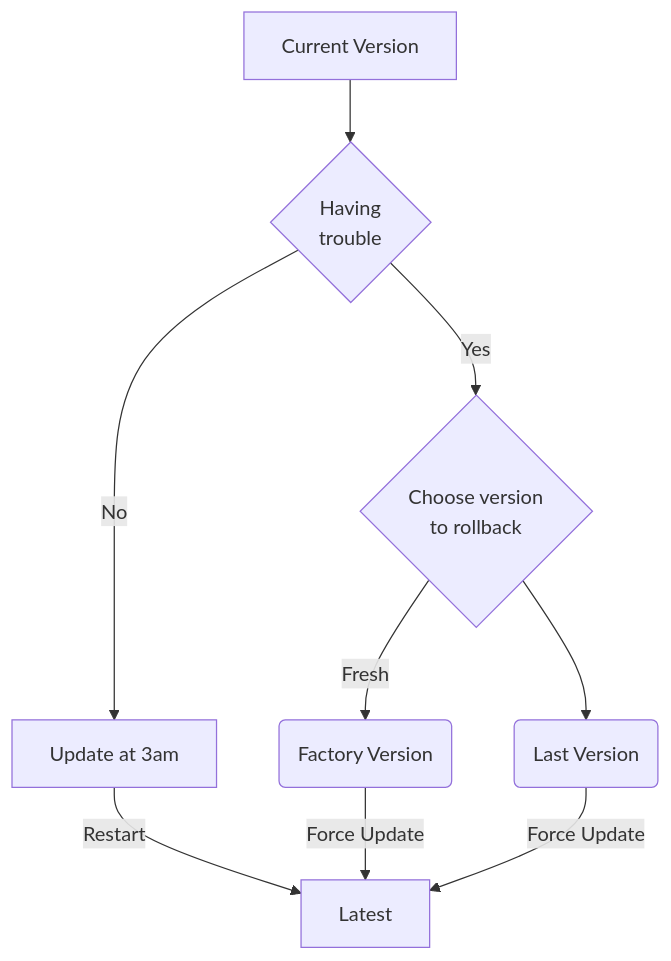
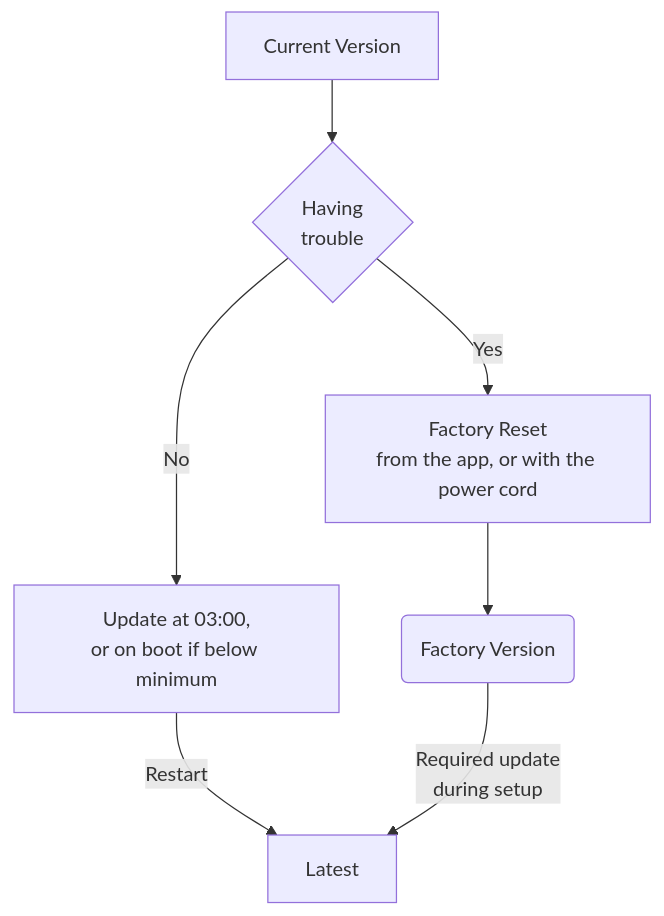
The second of 3 diagrams in docs/art-computer/how-it-works/life-cycle.md (feral-file/docs), drawn with Mermaid before and after one commit. The commit also changed other lines of this file and 7 other files, not shown here.

First line of the commit message:
docs: sync Art Computer pages with the current ffos-user architecture

````diff
--- a/docs/art-computer/how-it-works/life-cycle.md
+++ b/docs/art-computer/how-it-works/life-cycle.md
@@ -32,15 +48,12 @@
 ```mermaid
 flowchart TD
     Current[Current Version] --> Trouble{Having<br/>trouble}
 
-    Trouble --> |Yes| Rollback{Choose version<br/>to rollback}
-    Trouble --> |No| Update[Update at 3am]
+    Trouble --> |No| Update["Update at 03:00,<br/>or on boot if below minimum"]
+    Trouble --> |Yes| FactoryReset[Factory Reset<br/>from the app, or with the power cord]
 
     Update --> |Restart| Latest
 
-    Rollback --> |Fresh| FactoryVersion(Factory Version)
-    Rollback --> LastVersion(Last Version)
-
-    FactoryVersion --> |Force Update| Latest
-    LastVersion --> |Force Update| Latest
+    FactoryReset --> FactoryVersion(Factory Version)
+    FactoryVersion --> |Required update<br/>during setup| Latest
 ```
````
